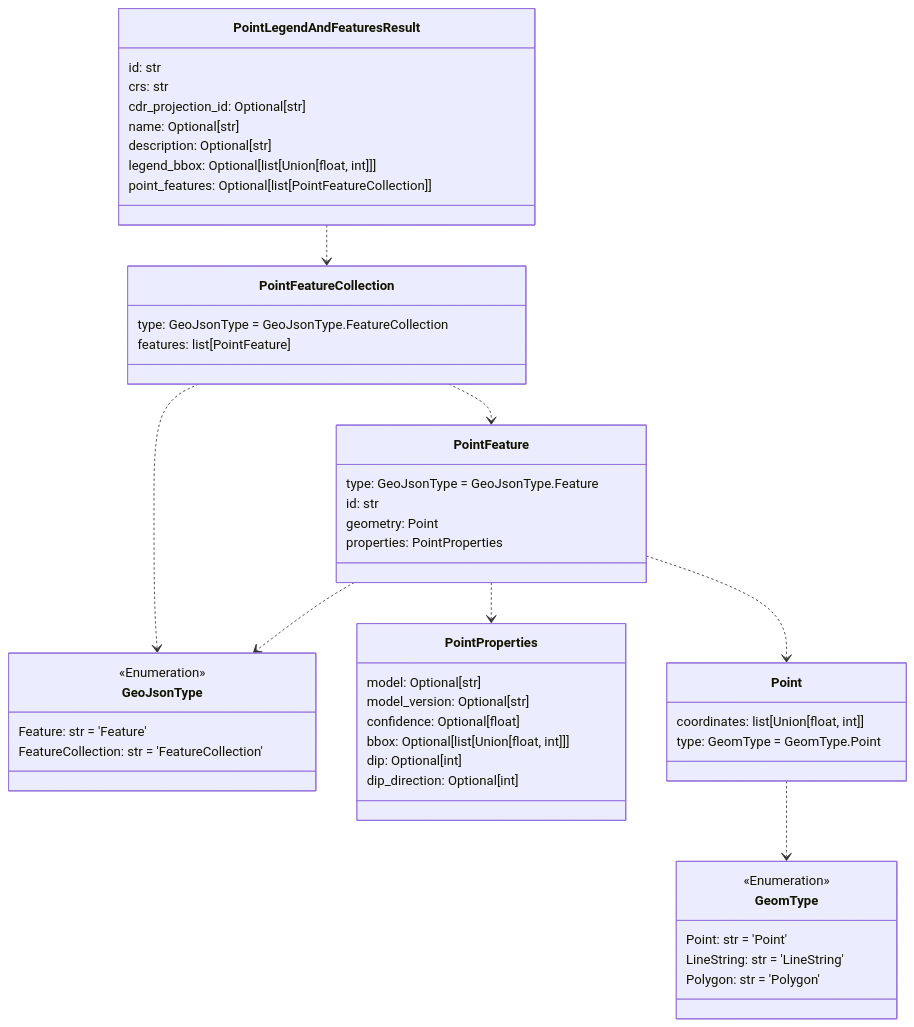
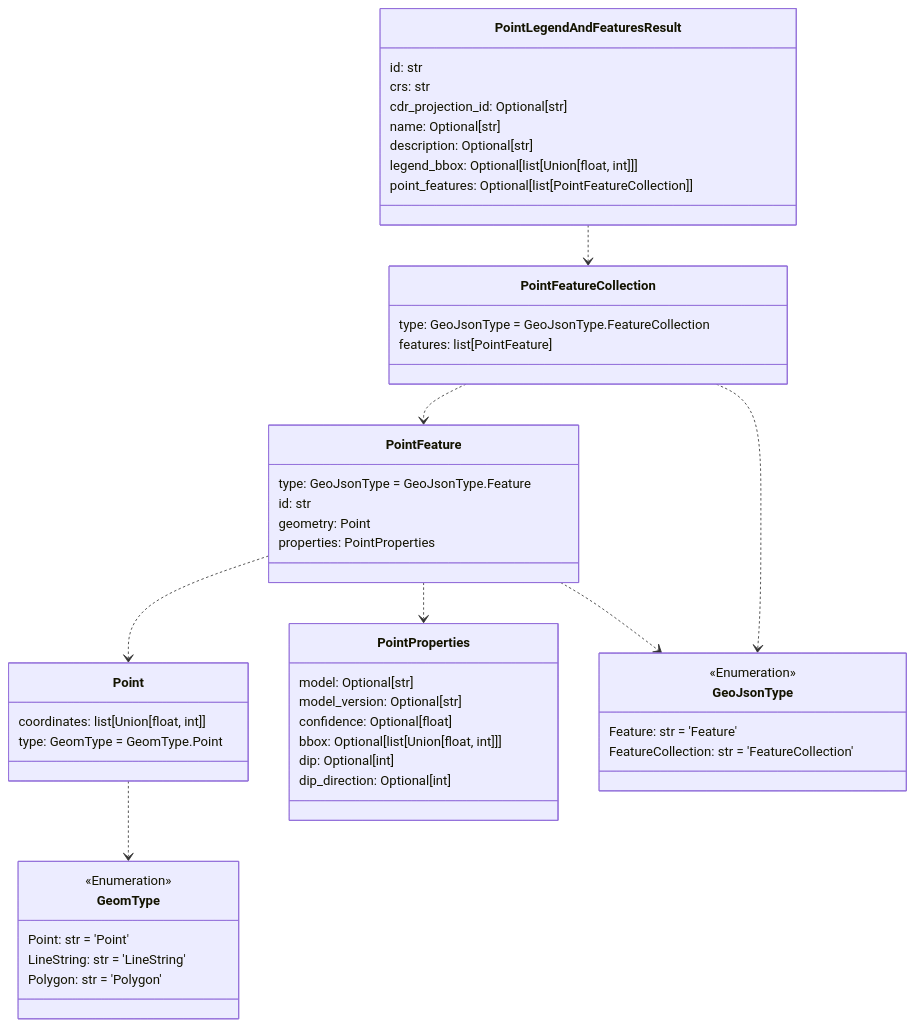
One commit to DARPA-CRITICALMAAS/cdr_schemas changed the fifth of 12 diagrams in README.md. Above: the diagram before and after it, drawn with Mermaid. The commit also changed other lines of this file and 2 other files, not shown here.

````diff
--- a/README.md
+++ b/README.md
@@ -341,62 +342,62 @@
 ```mermaid
 classDiagram
+
+    class GeomType {
+        <<Enumeration>>
+        Point: str = 'Point'
+        LineString: str = 'LineString'
+        Polygon: str = 'Polygon'
+    }
+
+    class Point {
+        coordinates: list[Union[float, int]]
+        type: GeomType = GeomType.Point
+    }
+
+    class PointFeature {
+        type: GeoJsonType = GeoJsonType.Feature
+        id: str
+        geometry: Point
+        properties: PointProperties
+    }
+
+    class PointFeatureCollection {
+        type: GeoJsonType = GeoJsonType.FeatureCollection
+        features: list[PointFeature]
+    }
 
     class PointProperties {
         model: Optional[str]
         model_version: Optional[str]
         confidence: Optional[float]
         bbox: Optional[list[Union[float, int]]]
         dip: Optional[int]
         dip_direction: Optional[int]
+    }
+
+    class GeoJsonType {
+        <<Enumeration>>
+        Feature: str = 'Feature'
+        FeatureCollection: str = 'FeatureCollection'
     }
 
     class PointLegendAndFeaturesResult {
         id: str
         crs: str
         cdr_projection_id: Optional[str]
         name: Optional[str]
         description: Optional[str]
         legend_bbox: Optional[list[Union[float, int]]]
         point_features: Optional[list[PointFeatureCollection]]
     }
 
-    class GeomType {
-        <<Enumeration>>
-        Point: str = 'Point'
-        LineString: str = 'LineString'
-        Polygon: str = 'Polygon'
-    }
-
-    class PointFeature {
-        type: GeoJsonType = GeoJsonType.Feature
-        id: str
-        geometry: Point
-        properties: PointProperties
-    }
-
-    class GeoJsonType {
-        <<Enumeration>>
-        Feature: str = 'Feature'
-        FeatureCollection: str = 'FeatureCollection'
-    }
-
-    class Point {
-        coordinates: list[Union[float, int]]
-        type: GeomType = GeomType.Point
-    }
-
-    class PointFeatureCollection {
-        type: GeoJsonType = GeoJsonType.FeatureCollection
-        features: list[PointFeature]
-    }
-
     Point ..> GeomType
+    PointFeature ..> Point
     PointFeature ..> GeoJsonType
     PointFeature ..> PointProperties
-    PointFeature ..> Point
     PointFeatureCollection ..> GeoJsonType
     PointFeatureCollection ..> PointFeature
     PointLegendAndFeaturesResult ..> PointFeatureCollection
 
 
 ```
````
